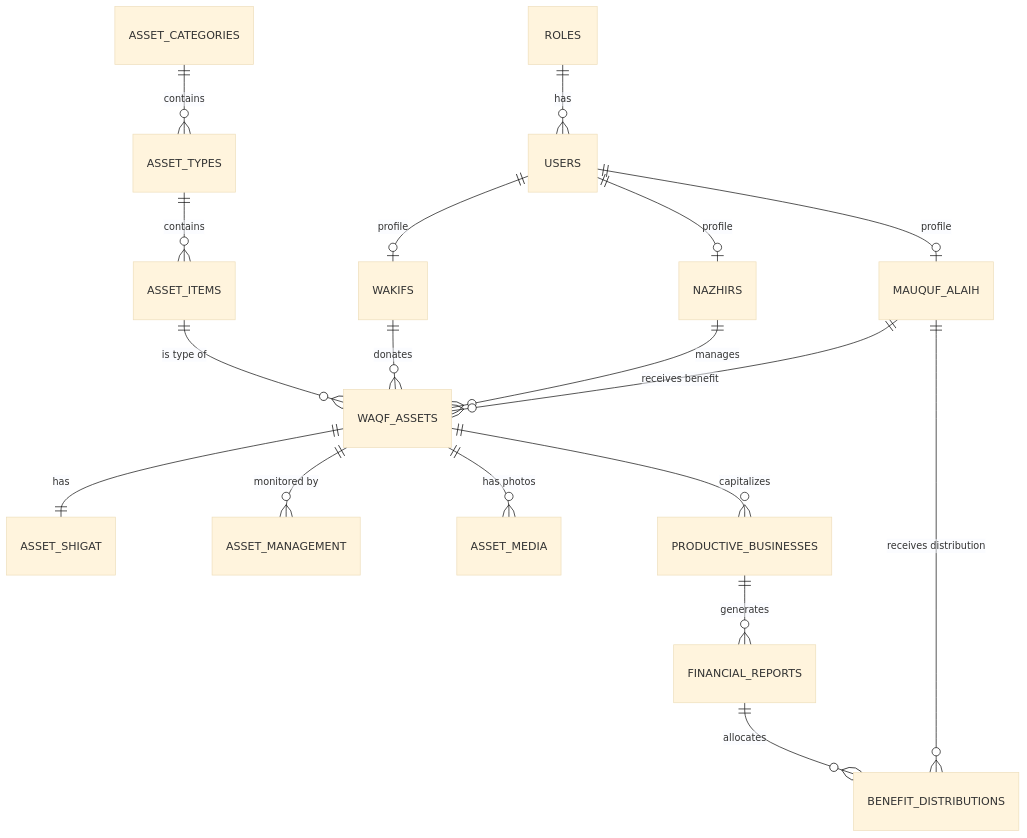
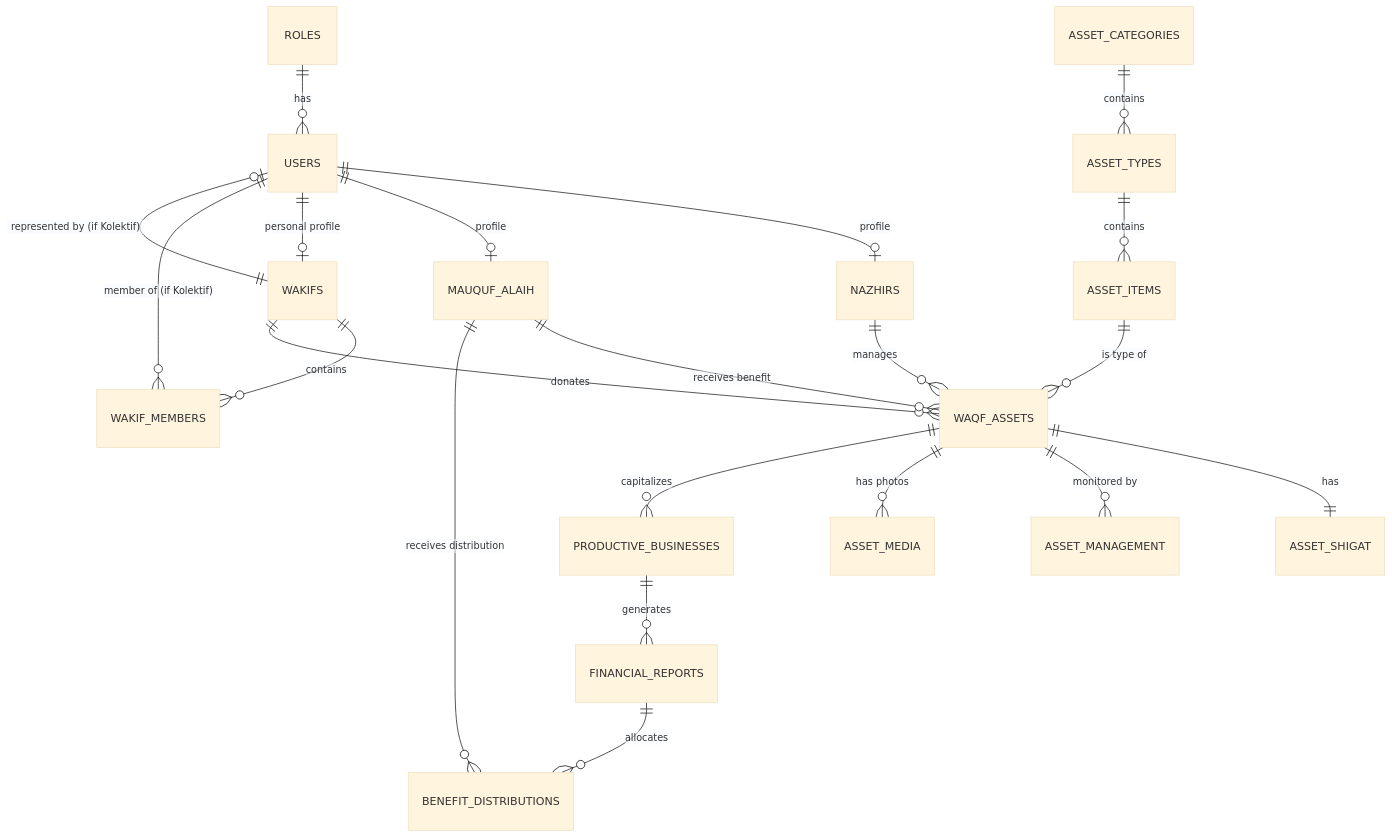
One commit to yasirmaulana/dashboard-wakaf-fe changed the diagram in docs/erd.md. Above: the diagram before and after it, drawn with Mermaid (base theme). The commit also changed other lines of this file, not shown here.

````diff
--- a/docs/erd.md
+++ b/docs/erd.md
@@ -16,25 +16,30 @@
 ```mermaid
 erDiagram
     ROLES ||--o{ USERS : "has"
-    USERS ||--o| WAKIFS : "profile"
     USERS ||--o| NAZHIRS : "profile"
     USERS ||--o| MAUQUF_ALAIH : "profile"
+
+    %% Wakif & Collective Relationship
+    USERS ||--o| WAKIFS : "personal profile"
+    WAKIFS ||--o{ WAKIF_MEMBERS : "contains"
+    USERS ||--o{ WAKIF_MEMBERS : "member of (if Kolektif)"
+    WAKIFS ||--o| USERS : "represented by (if Kolektif)"
 
     ASSET_CATEGORIES ||--o{ ASSET_TYPES : "contains"
     ASSET_TYPES ||--o{ ASSET_ITEMS : "contains"
     
     ASSET_ITEMS ||--o{ WAQF_ASSETS : "is type of"
     WAKIFS ||--o{ WAQF_ASSETS : "donates"
     NAZHIRS ||--o{ WAQF_ASSETS : "manages"
     MAUQUF_ALAIH ||--o{ WAQF_ASSETS : "receives benefit"
 
     WAQF_ASSETS ||--|| ASSET_SHIGAT : "has"
     WAQF_ASSETS ||--o{ ASSET_MANAGEMENT : "monitored by"
     WAQF_ASSETS ||--o{ ASSET_MEDIA : "has photos"
 
     %% Productive Waqf Flow
     WAQF_ASSETS ||--o{ PRODUCTIVE_BUSINESSES : "capitalizes"
     PRODUCTIVE_BUSINESSES ||--o{ FINANCIAL_REPORTS : "generates"
     FINANCIAL_REPORTS ||--o{ BENEFIT_DISTRIBUTIONS : "allocates"
     MAUQUF_ALAIH ||--o{ BENEFIT_DISTRIBUTIONS : "receives distribution"
 ```
````
